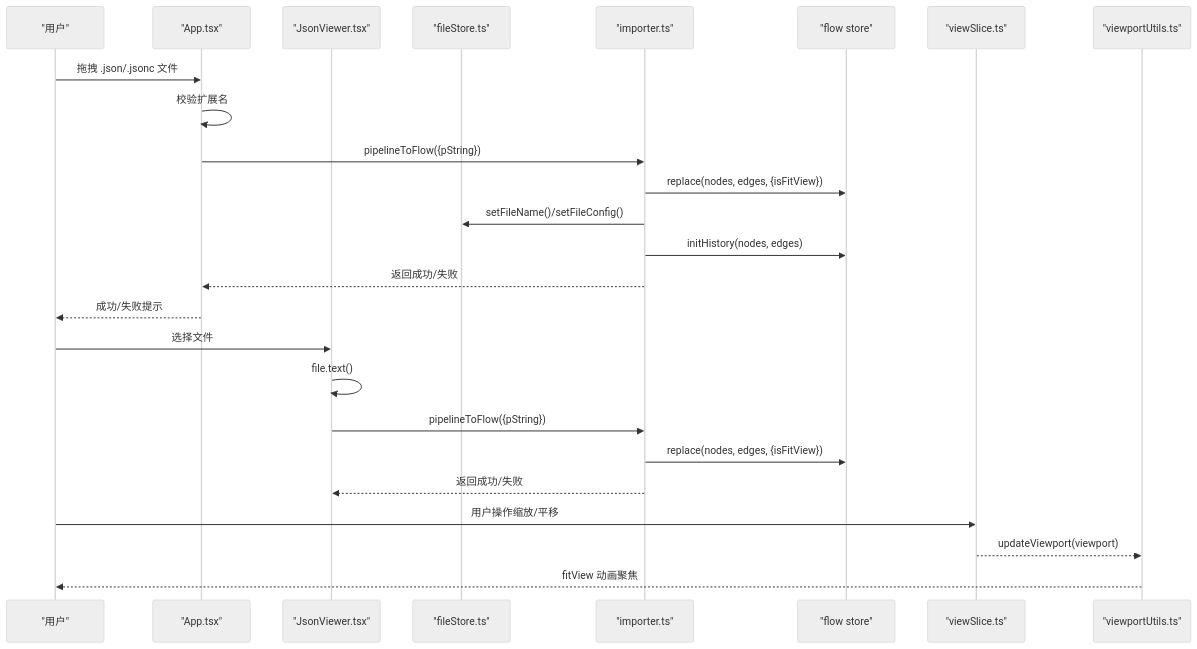
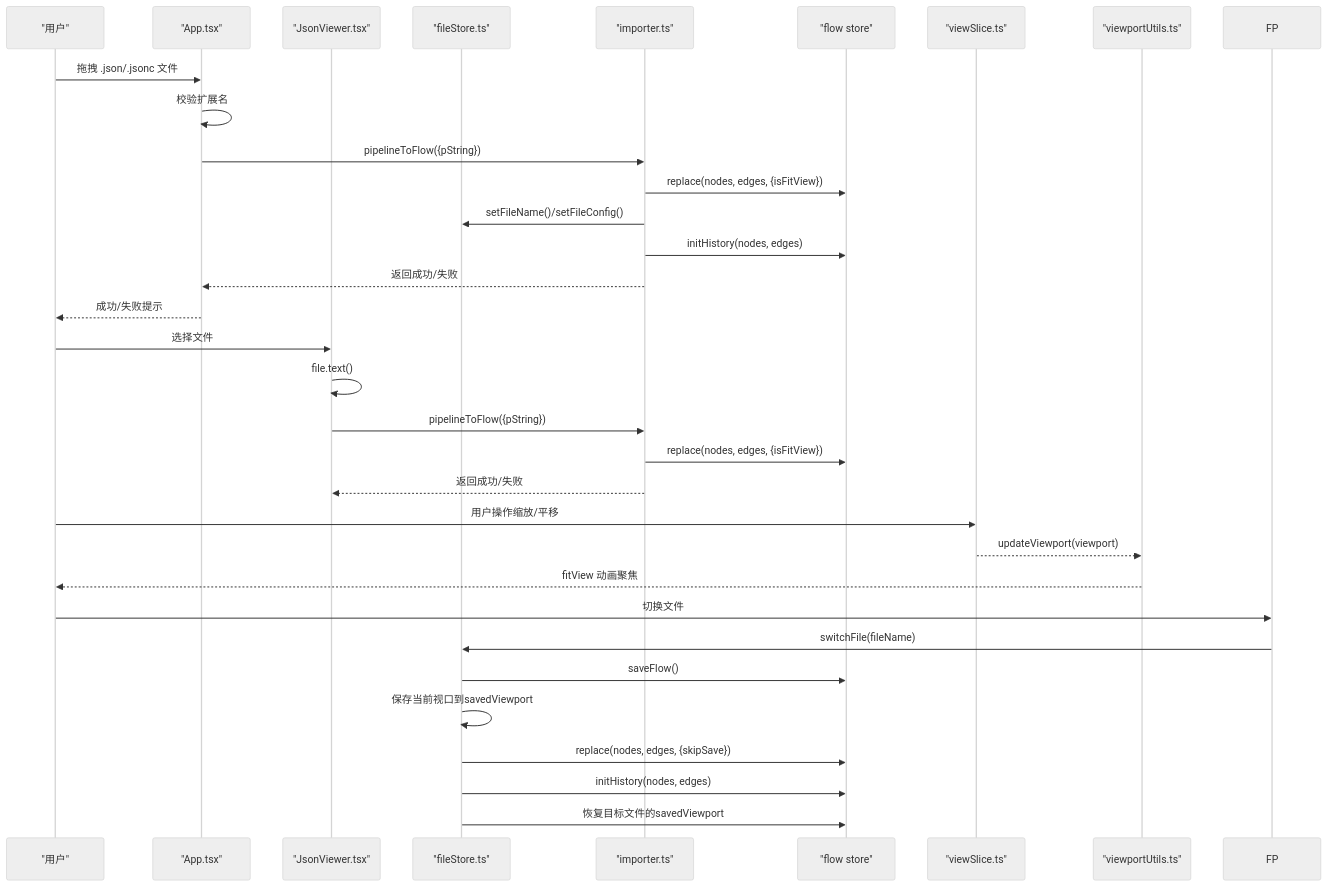
Before and after one commit to kqcoxn/MaaPipelineEditor: the second of 8 diagrams in .qoder/repowiki/zh/content/核心概念/文件与视口.md, drawn with Mermaid (neutral theme). The commit also changed other lines of this file and 5 other files, not shown here.

````diff
--- a/.qoder/repowiki/zh/content/核心概念/文件与视口.md
+++ b/.qoder/repowiki/zh/content/核心概念/文件与视口.md
@@ -123,27 +132,34 @@
 ```mermaid
 sequenceDiagram
 participant U as "用户"
 participant APP as "App.tsx"
 participant JV as "JsonViewer.tsx"
 participant FS as "fileStore.ts"
 participant IMP as "importer.ts"
 participant FL as "flow store"
 participant VS as "viewSlice.ts"
 participant FU as "viewportUtils.ts"
 U->>APP : 拖拽 .json/.jsonc 文件
 APP->>APP : 校验扩展名
 APP->>IMP : pipelineToFlow({pString})
 IMP->>FL : replace(nodes, edges, {isFitView})
 IMP->>FS : setFileName()/setFileConfig()
 IMP->>FL : initHistory(nodes, edges)
 IMP-->>APP : 返回成功/失败
 APP-->>U : 成功/失败提示
 U->>JV : 选择文件
 JV->>JV : file.text()
 JV->>IMP : pipelineToFlow({pString})
 IMP->>FL : replace(nodes, edges, {isFitView})
 IMP-->>JV : 返回成功/失败
 U->>VS : 用户操作缩放/平移
 VS-->>FU : updateViewport(viewport)
 FU-->>U : fitView 动画聚焦
+U->>FP : 切换文件
+FP->>FS : switchFile(fileName)
+FS->>FL : saveFlow()
+FS->>FS : 保存当前视口到savedViewport
+FS->>FL : replace(nodes, edges, {skipSave})
+FS->>FL : initHistory(nodes, edges)
+FS->>FL : 恢复目标文件的savedViewport
 ```
````
